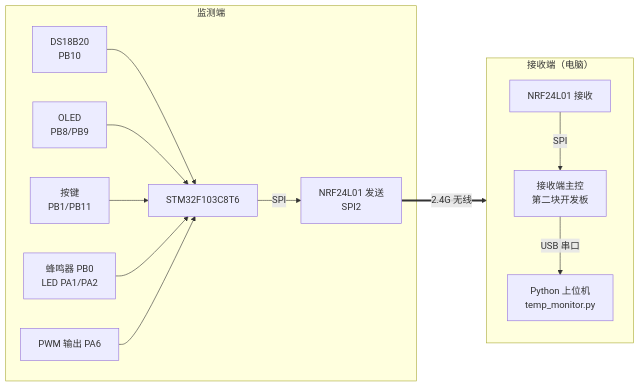
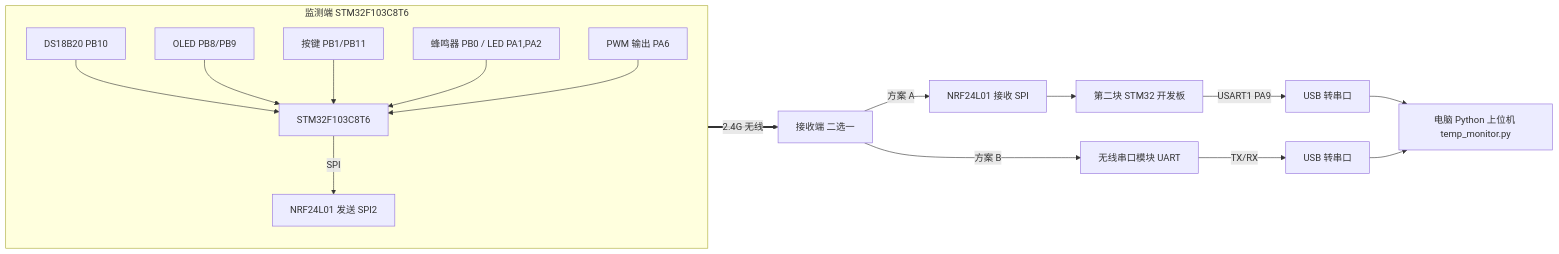
The diagram in README.md (mengw2163-coder/wenkong), drawn with Mermaid before and after one commit. The commit also changed other lines of this file, not shown here.

Commit message:
README 架构图更新：同时画出方案A（第二块开发板）和方案B（无线串口模块）

````diff
--- a/README.md
+++ b/README.md
@@ -48,28 +48,30 @@
 ```mermaid
 flowchart LR
-    subgraph MONITOR[监测端]
+    subgraph MONITOR[监测端 STM32F103C8T6]
+        direction TB
         MCU[STM32F103C8T6]
-        SENSOR[DS18B20<br/>PB10]
-        OLED[OLED<br/>PB8/PB9]
-        KEY[按键<br/>PB1/PB11]
-        ALARM[蜂鸣器 PB0<br/>LED PA1/PA2]
+        SENSOR[DS18B20 PB10]
+        OLED[OLED PB8/PB9]
+        KEY[按键 PB1/PB11]
+        ALARM[蜂鸣器 PB0 / LED PA1,PA2]
         DAC[PWM 输出 PA6]
-        TX[NRF24L01 发送<br/>SPI2]
+        TX[NRF24L01 发送 SPI2]
         SENSOR --> MCU
         OLED --> MCU
         KEY --> MCU
         ALARM --> MCU
         DAC --> MCU
         MCU -->|SPI| TX
     end
 
-    TX ==>|2.4G 无线| RX[NRF24L01 接收]
+    TX ==>|2.4G 无线| FORK[接收端 二选一]
 
-    subgraph PC[接收端（电脑）]
-        direction TB
-        RXMCU[接收端主控<br/>第二块开发板]
-        APP[Python 上位机<br/>temp_monitor.py]
-        RX -->|SPI| RXMCU
-        RXMCU -->|USB 串口| APP
-    end
+    FORK -->|方案 A| RXA[NRF24L01 接收 SPI]
+    RXA --> A_MCU[第二块 STM32 开发板]
+    A_MCU -->|USART1 PA9| A_USB[USB 转串口]
+    A_USB --> PC[电脑 Python 上位机 temp_monitor.py]
+
+    FORK -->|方案 B| B_MOD[无线串口模块 UART]
+    B_MOD -->|TX/RX| B_USB[USB 转串口]
+    B_USB --> PC
 ```
````
